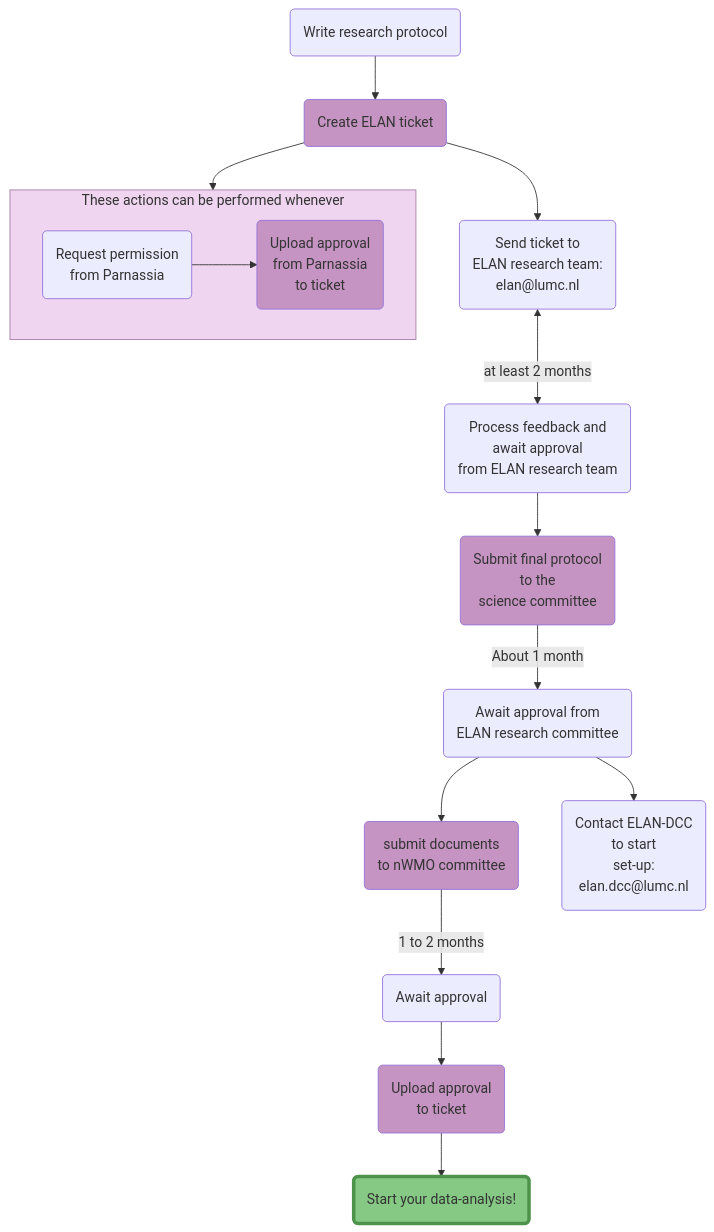
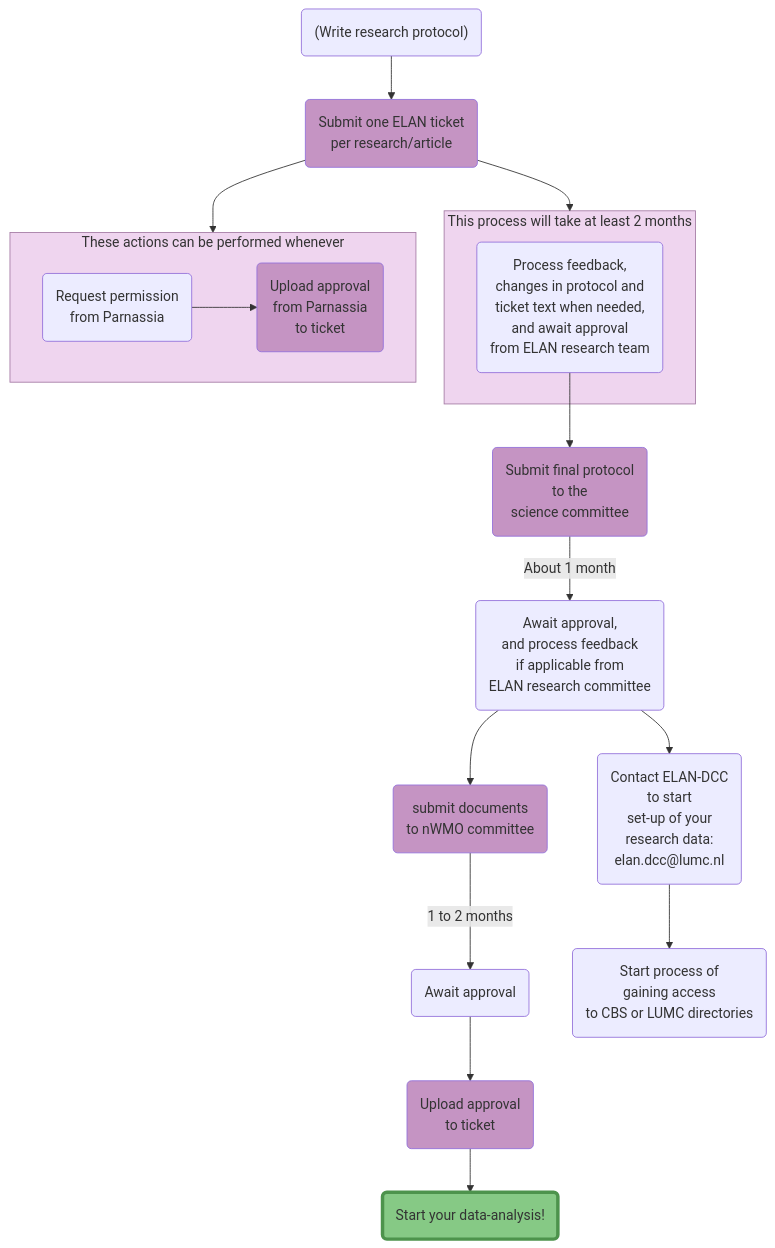
One commit to elan-dcc/elan-dcc.github.io changed the second of 4 diagrams in content/en/researchers/overview_getting_started.md. Above: the diagram before and after it, drawn with Mermaid. The commit also changed other lines of this file and 6 other files, not shown here.

````diff
--- a/content/en/researchers/overview_getting_started.md
+++ b/content/en/researchers/overview_getting_started.md
@@ -54,49 +66,57 @@
 ```mermaid {class="mentalhealth"}
 flowchart TD
-    id1(Write research protocol) --> id2
-    id2(Create ELAN ticket) --> id3
-    id3(Send ticket to 
-    ELAN research team:
-    elan@lumc.nl) <-->|at least 2 months| id4
-    id4(Process feedback and
-    await approval
+    id1("(Write research protocol)") --> id2
+    subgraph ticket [This process will take at least 2 months]
+        id4
+    end
+    id4(Process feedback, 
+    changes in protocol and 
+    ticket text when needed,
+    and await approval
     from ELAN research team) --> id5
     id5(Submit final protocol
     to the
     science committee) -->|About 1 month| id6
-    id6(Await approval by
-    ELAN research team and science committee) --> id7
+    id6(Await approval,
+    and process feedback
+    if applicable from
+    ELAN research committee) --> id7
     id7(submit documents 
     to nWMO committee) -->|1 to 2 months| id9
     id9(Await approval) --> id10
     id10(Upload approval
     to ticket) --> idend(Start your data-analysis!)
-    id6(Await approval from
-    ELAN research committee) --> id8(Contact ELAN-DCC
+    id6 --> id8
+    id8(Contact ELAN-DCC
     to start 
-    set-up:
-    elan.dcc@lumc.nl)
+    set-up of your 
+    research data:
+    elan.dcc@lumc.nl) --> id11(Start process of
+    gaining access
+    to CBS or LUMC directories)
 
     subgraph external [These actions can be performed whenever]
         idB1(Request permission
         from Parnassia) --> idB2(Upload approval
         from Parnassia
         to ticket)
     end
 
-    id2(Create ELAN ticket) --> external
+    id2(Submit one ELAN ticket\nper research/article) --> external
+    id2 --> ticket
 
     style idend fill:#86c985,stroke:#4d934c,stroke-width:4px
     style id2 fill:#c594c3
     style id5 fill:#c594c3
     style id7 fill:#c594c3
     style id10 fill:#c594c3
     style idB2 fill:#c594c3
-    style external fill:#efd5ef, stroke:#a57ca5  
+    style external fill:#efd5ef, stroke:#a57ca5
+    style ticket fill:#efd5ef, stroke:#a57ca5
     
     click id2 "https://elanresearch.nl" "ELAN research" _blank
     click id10 "https://elanresearch.nl" "ELAN research" _blank
     click idB2 "https://elanresearch.nl" "ELAN research" _blank
     click id5 "../sciencecommittee" "Science committee"
     click id7 "https://www.metc-ldd.nl/toetsingsprocedures/niet-wmo-en-niet-mdr" "nWMO committee" _blank
 ```
````
